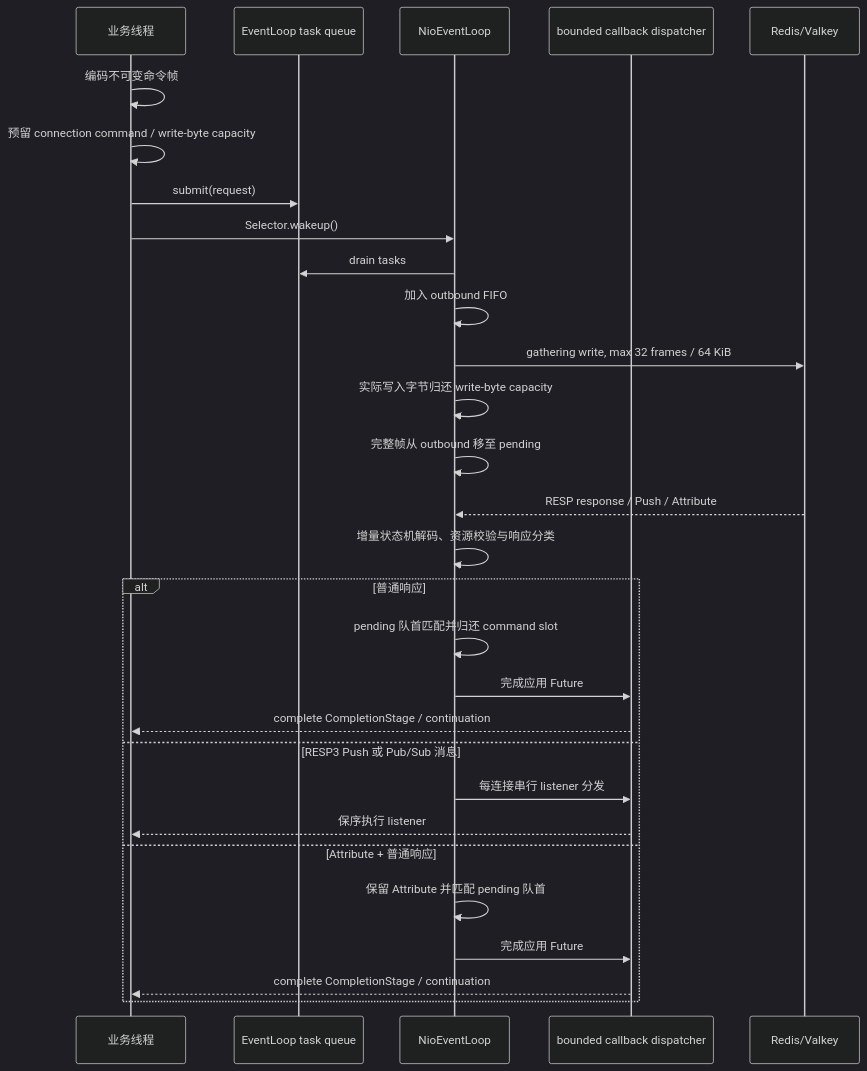
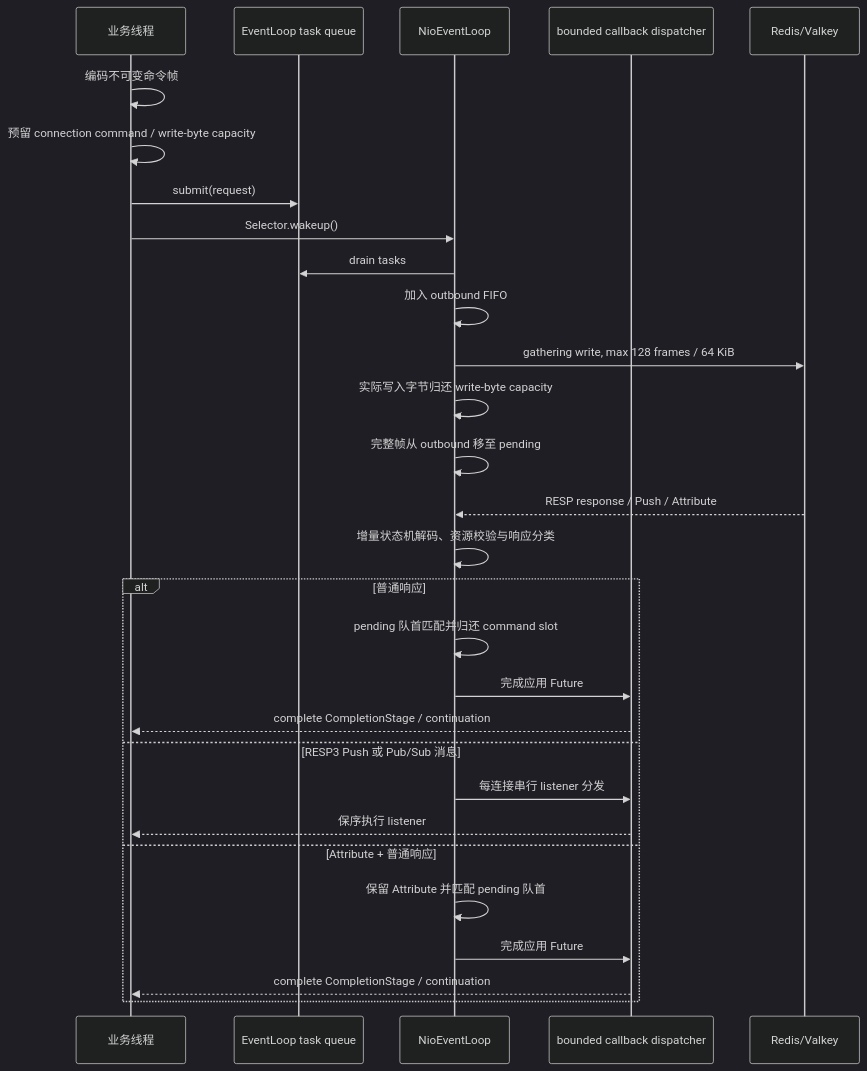
Before and after one commit to susongyan/boba-straw: the second of 5 diagrams in docs/architecture/network-model.md, drawn with Mermaid (dark theme). The commit also changed other lines of this file and 3 other files, not shown here.

````diff
--- a/docs/architecture/network-model.md
+++ b/docs/architecture/network-model.md
@@ -111,32 +111,32 @@
 ```mermaid
 sequenceDiagram
     participant App as 业务线程
     participant Queue as EventLoop task queue
     participant Nio as NioEventLoop
     participant Callback as bounded callback dispatcher
     participant Redis as Redis/Valkey
 
     App->>App: 编码不可变命令帧
     App->>App: 预留 connection command / write-byte capacity
     App->>Queue: submit(request)
     App->>Nio: Selector.wakeup()
     Nio->>Queue: drain tasks
     Nio->>Nio: 加入 outbound FIFO
-    Nio->>Redis: gathering write, max 32 frames / 64 KiB
+    Nio->>Redis: gathering write, max 128 frames / 64 KiB
     Nio->>Nio: 实际写入字节归还 write-byte capacity
     Nio->>Nio: 完整帧从 outbound 移至 pending
     Redis-->>Nio: RESP response / Push / Attribute
     Nio->>Nio: 增量状态机解码、资源校验与响应分类
     alt 普通响应
         Nio->>Nio: pending 队首匹配并归还 command slot
         Nio->>Callback: 完成应用 Future
         Callback-->>App: complete CompletionStage / continuation
     else RESP3 Push 或 Pub/Sub 消息
         Nio->>Callback: 每连接串行 listener 分发
         Callback-->>App: 保序执行 listener
     else Attribute + 普通响应
         Nio->>Nio: 保留 Attribute 并匹配 pending 队首
         Nio->>Callback: 完成应用 Future
         Callback-->>App: complete CompletionStage / continuation
     end
 ```
````
